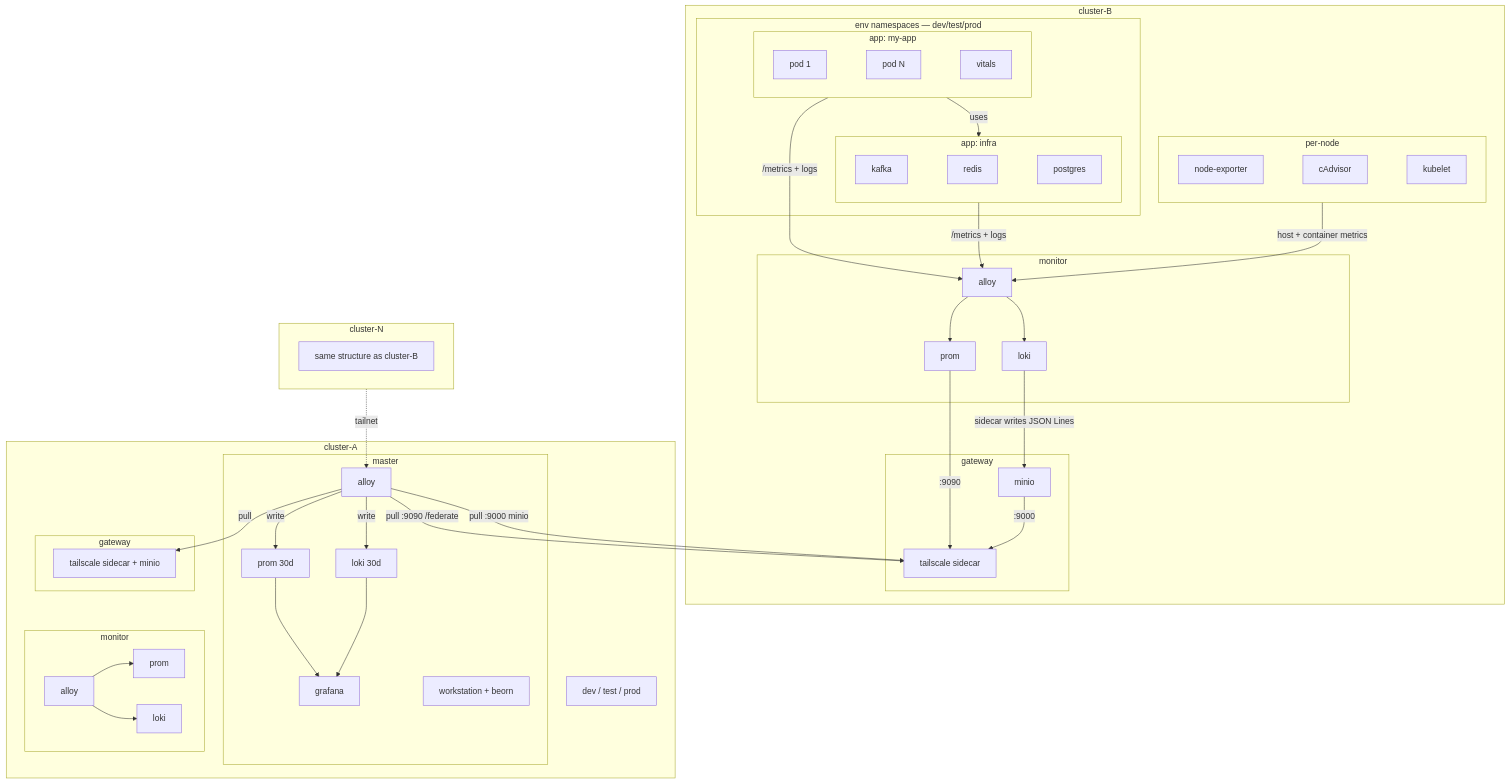
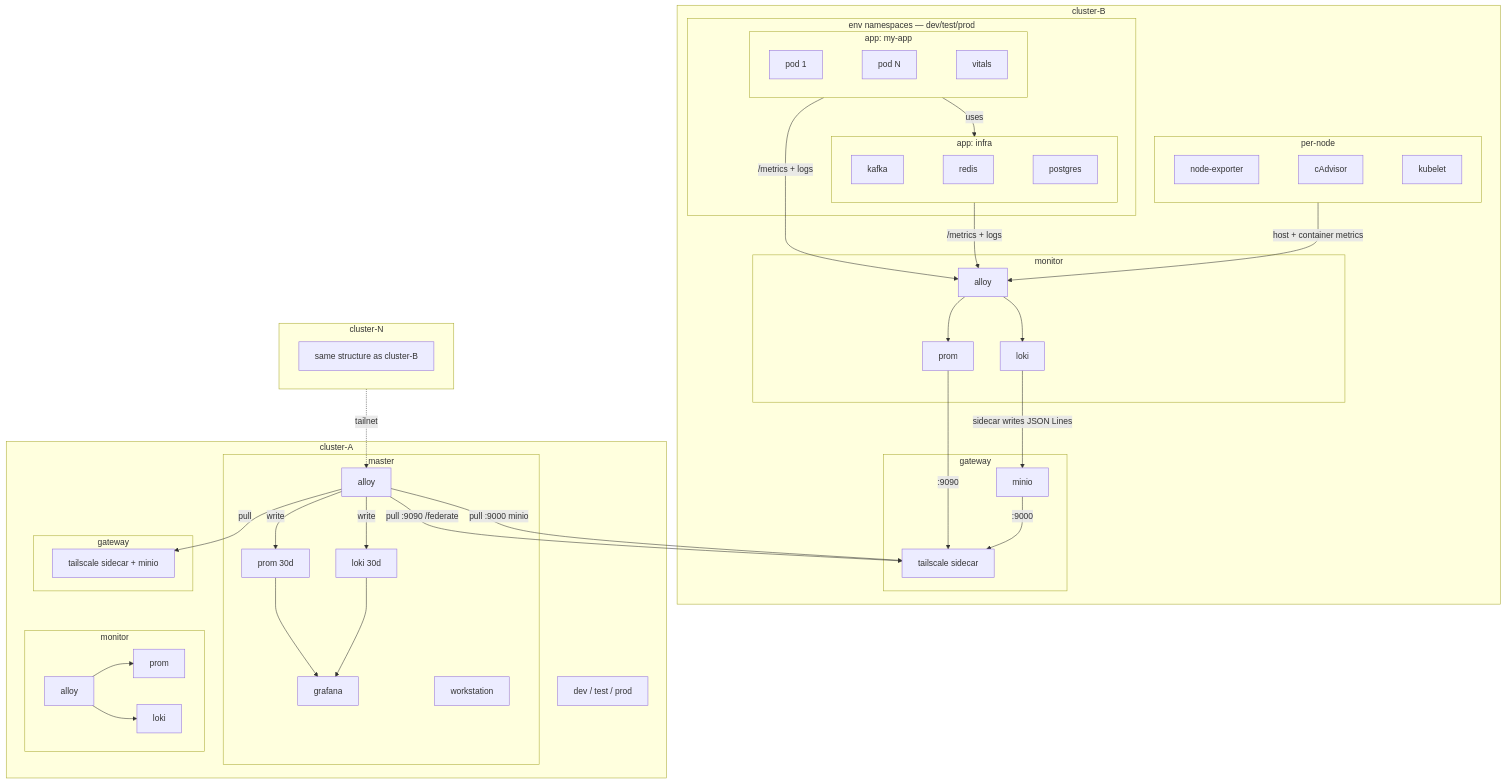
One commit to Kord96/kordinate changed the second of 2 diagrams in docs/infra/infrastructure.md. Above: the diagram before and after it, drawn with Mermaid. The commit also changed other lines of this file, not shown here.

Commit message:
Simplify diagram labels — cluster namespaces, workstation without beorn

````diff
--- a/docs/infra/infrastructure.md
+++ b/docs/infra/infrastructure.md
@@ -56,67 +56,67 @@
     ```mermaid
     flowchart TB
         subgraph cluster[cluster-B]
             subgraph env[env namespaces — dev/test/prod]
                 subgraph myapp["app: my-app"]
                     P1[pod 1]
                     PN[pod N]
                     VIT[vitals]
                     P1 ~~~ PN ~~~ VIT
                 end
                 subgraph infra-svc["app: infra"]
                     KF[kafka]
                     RD[redis]
                     PG[postgres]
                     KF ~~~ RD ~~~ PG
                 end
             end
 
             subgraph nodes[per-node]
                 NE[node-exporter]
                 CA2[cAdvisor]
                 KL[kubelet]
                 NE ~~~ CA2 ~~~ KL
             end
 
             subgraph mon[monitor]
                 AL[alloy] --> LK[loki] & PR[prom]
             end
 
             subgraph gw[gateway]
                 GWT[tailscale sidecar]
                 MIO[minio]
             end
 
             myapp -->|uses| infra-svc
             myapp & infra-svc -->|/metrics + logs| AL
             nodes -->|host + container metrics| AL
             PR -->|:9090| GWT
             LK -->|sidecar writes JSON Lines| MIO
             MIO -->|:9000| GWT
         end
 
         subgraph master-cluster[cluster-A]
             subgraph master2[master]
                 MA2[alloy]
                 MA2 -->|write| ML2[loki 30d] & MP2[prom 30d]
                 MP2 & ML2 --> G2[grafana]
-                WS2[workstation + beorn]
+                WS2[workstation]
             end
             subgraph ca-gw[gateway]
                 GWT-A[tailscale sidecar + minio]
             end
             subgraph ca-mon[monitor]
                 AL-A[alloy] --> PR-A[prom] & LK-A[loki]
             end
             CA-ENV[dev / test / prod]
         end
 
         subgraph CN2[cluster-N]
             CN2-INNER[same structure as cluster-B]
         end
 
         MA2 -->|pull :9090 /federate| GWT
         MA2 -->|pull :9000 minio| GWT
         MA2 -->|pull| GWT-A
         CN2 -.->|tailnet| MA2
     ```
````
